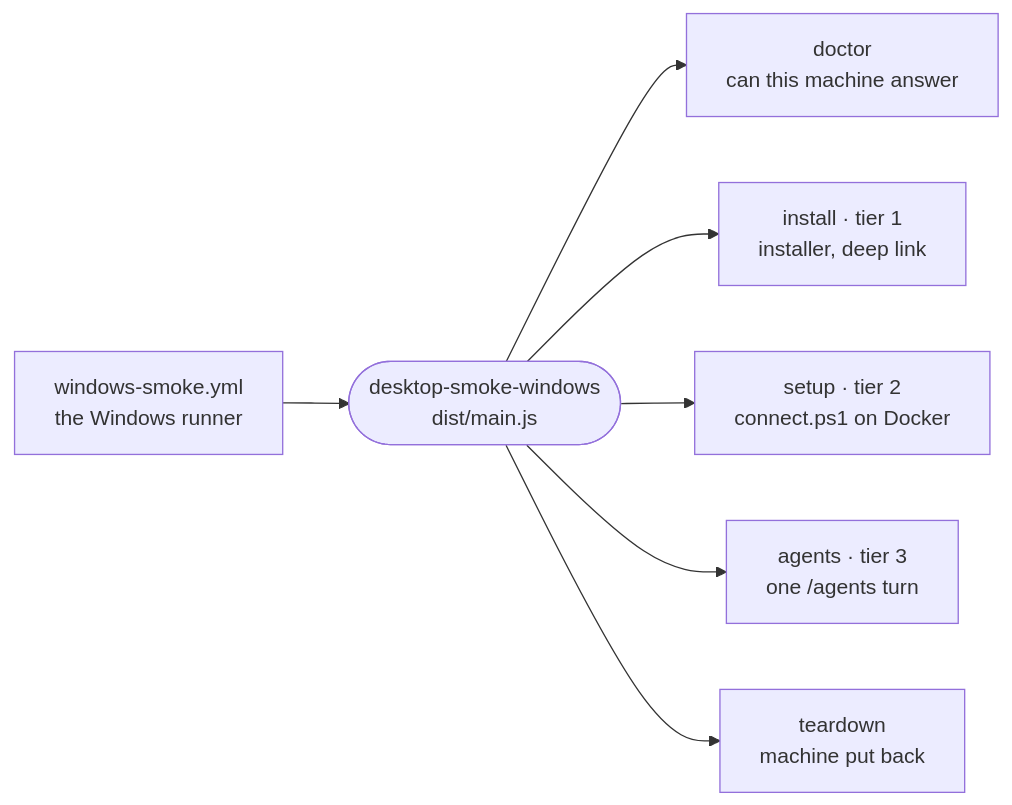
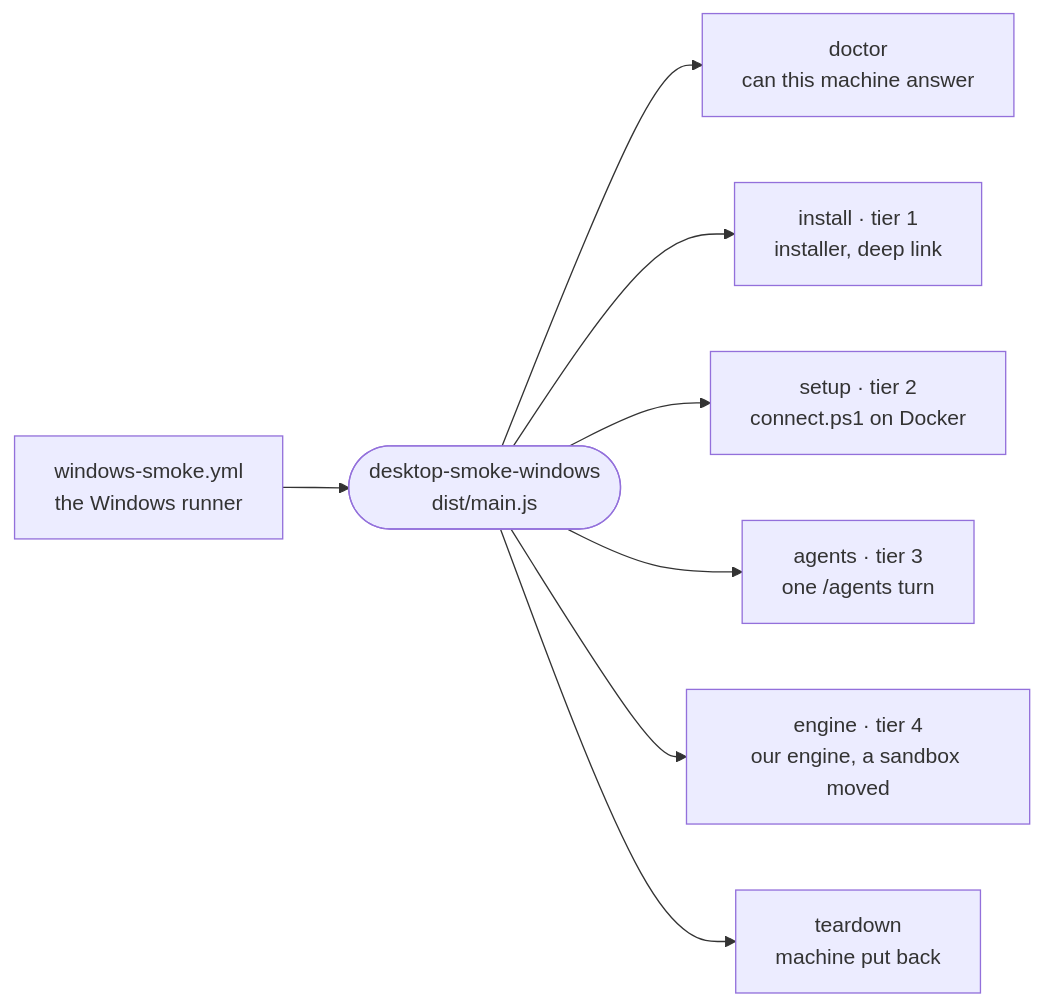
One commit to intentic/intentic changed the diagram in _tools/desktop-smoke-windows/README.md. Above: the diagram before and after it, drawn with Mermaid. The commit also changed other lines of this file and 75 other files, not shown here.

````diff
--- a/_tools/desktop-smoke-windows/README.md
+++ b/_tools/desktop-smoke-windows/README.md
@@ -5,9 +5,10 @@
 ```mermaid
 flowchart LR
     wf["windows-smoke.yml<br/>the Windows runner"] --> main(["desktop-smoke-windows<br/>dist/main.js"])
     main --> doctor["doctor<br/>can this machine answer"]
     main --> install["install · tier 1<br/>installer, deep link"]
     main --> setup["setup · tier 2<br/>connect.ps1 on Docker"]
     main --> agents["agents · tier 3<br/>one /agents turn"]
+    main --> engine["engine · tier 4<br/>our engine, a sandbox moved"]
     main --> teardown["teardown<br/>machine put back"]
 ```
````
